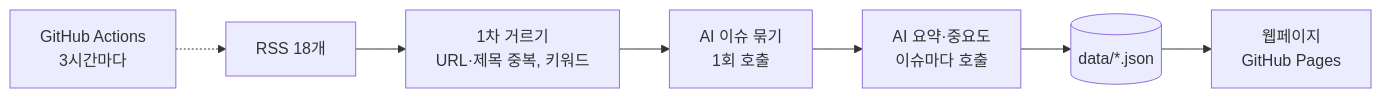
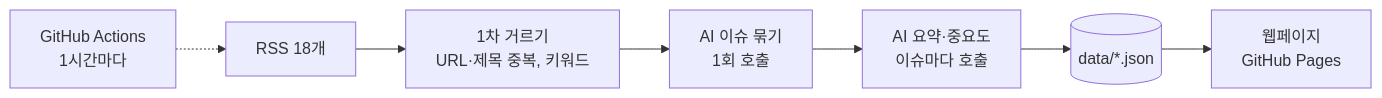
The diagram in README.md (smyz1203/semicon-news-agent), drawn with Mermaid before and after one commit. The commit also changed other lines of this file and 10 other files, not shown here.

````diff
--- a/README.md
+++ b/README.md
@@ -24,9 +24,9 @@
 ```mermaid
 flowchart LR
     A[RSS 18개] --> B[1차 거르기<br/>URL·제목 중복, 키워드]
     B --> C[AI 이슈 묶기<br/>1회 호출]
     C --> D[AI 요약·중요도<br/>이슈마다 호출]
     D --> E[(data/*.json)]
     E --> F[웹페이지<br/>GitHub Pages]
-    G[GitHub Actions<br/>3시간마다] -.-> A
+    G[GitHub Actions<br/>1시간마다] -.-> A
 ```
````
